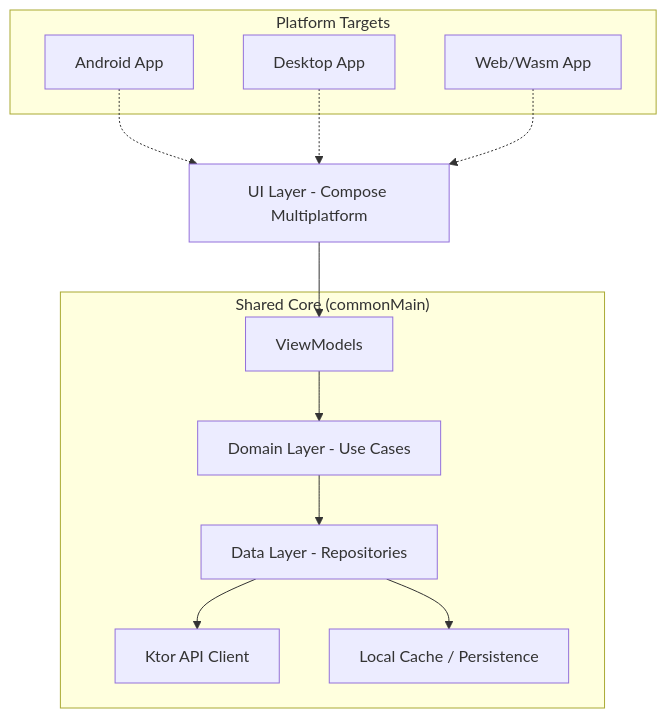
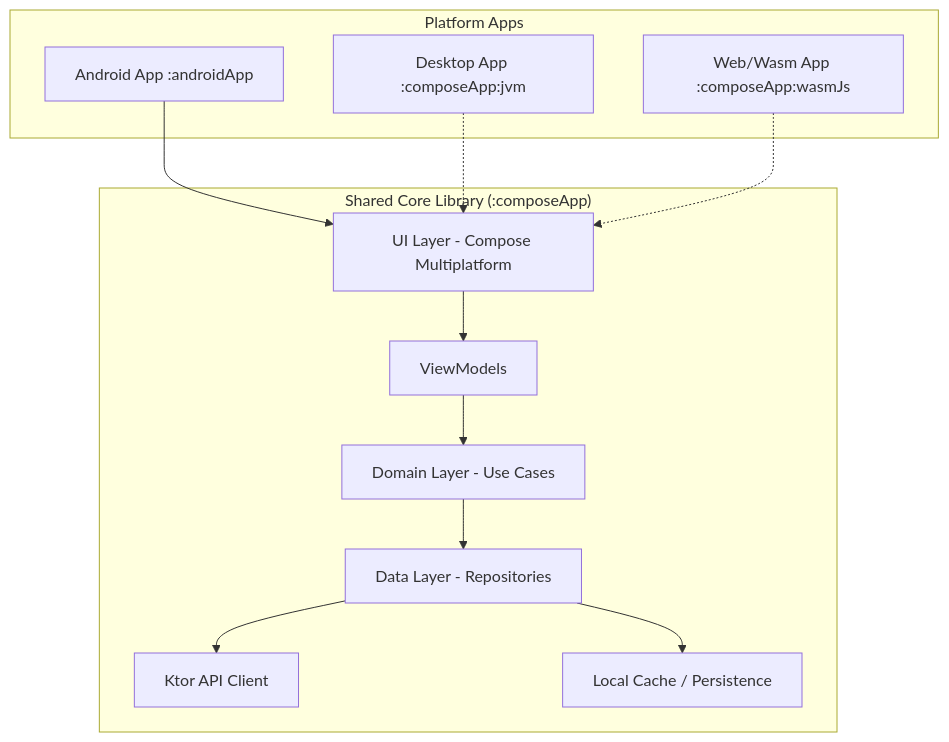
One commit to farsuller/fleet-management-back-office changed the diagram in README.md. Above: the diagram before and after it, drawn with Mermaid. The commit also changed other lines of this file and 97 other files, not shown here.

Commit message:
migrate android app, fixes measure coverage moving to jacoco, fixing gradles errors and loggings, update ci yaml, next to do is to increase code coverage, increase tests

````diff
--- a/README.md
+++ b/README.md
@@ -30,26 +29,27 @@
 ```mermaid
 graph TD
     UI[UI Layer - Compose Multiplatform] --> VM[ViewModels]
     VM --> UC[Domain Layer - Use Cases]
     UC --> REPO[Data Layer - Repositories]
     REPO --> API[Ktor API Client]
     REPO --> CACHE[Local Cache / Persistence]
     
-    subgraph "Shared Core (commonMain)"
+    subgraph "Shared Core Library (:composeApp)"
         UC
         REPO
         API
         CACHE
         VM
+        UI
     end
     
-    subgraph "Platform Targets"
-        AND[Android App]
-        DSK[Desktop App]
-        WASM[Web/Wasm App]
+    subgraph "Platform Apps"
+        AND[Android App :androidApp]
+        DSK[Desktop App :composeApp:jvm]
+        WASM[Web/Wasm App :composeApp:wasmJs]
     end
     
-    AND -.-> UI
+    AND --> UI
     DSK -.-> UI
     WASM -.-> UI
 ```
````
